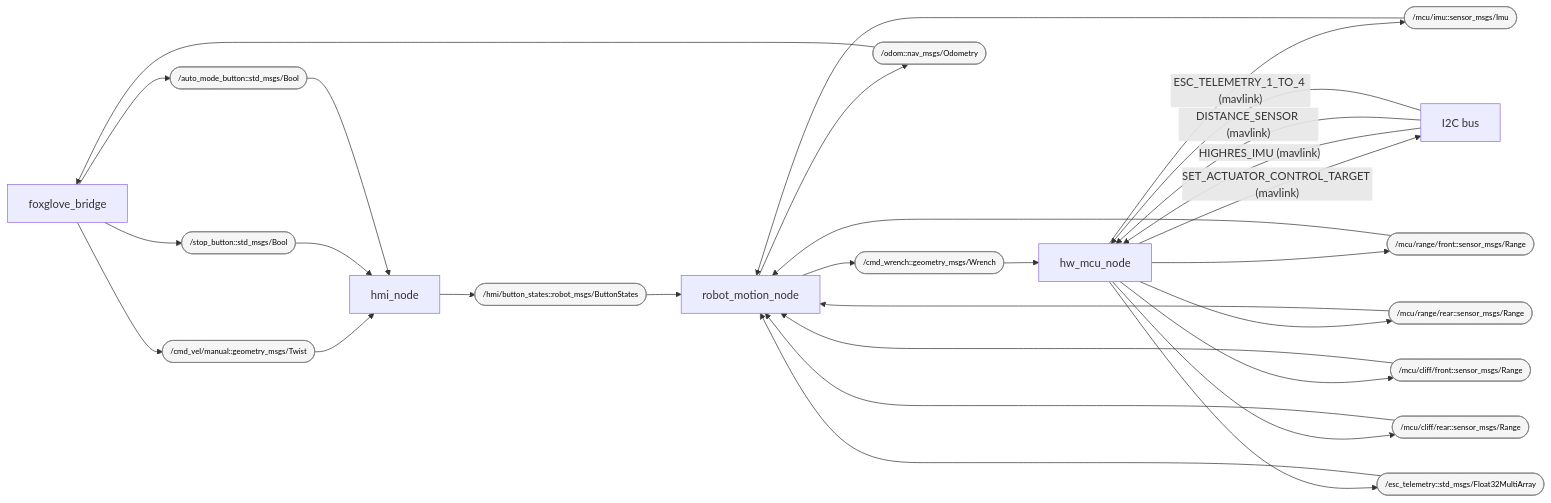
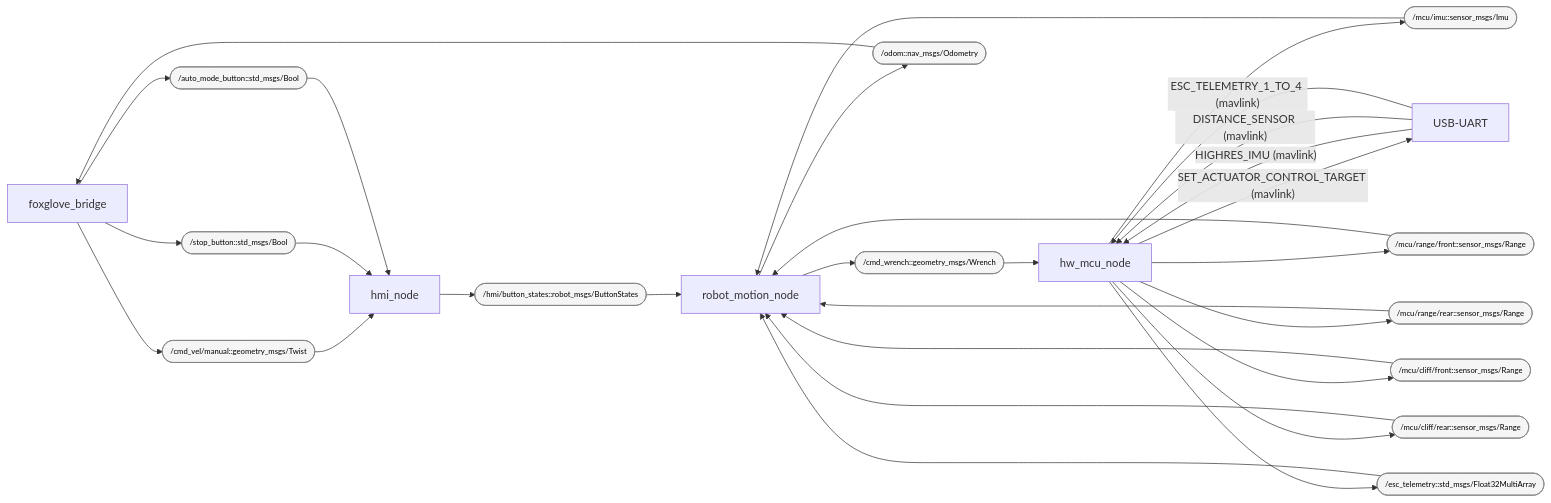
Before and after one commit to nota2104coda/Jetcar: the third of 3 diagrams in docs/architecture.md, drawn with Mermaid. The commit also changed other lines of this file and 3 other files, not shown here.

````diff
--- a/docs/architecture.md
+++ b/docs/architecture.md
@@ -65,58 +65,58 @@
 ```mermaid
 graph LR
     classDef topic fill:#f5f5f5,stroke:#808080,stroke-width:1px,color:#000,font-size:11px;
 
     Foxglove[foxglove_bridge]
     HMI[hmi_node]
     robot_motion_node[robot_motion_node]
     MCUNode[hw_mcu_node]
-    MCU_I2C[I2C bus]
+    MCU_UART[USB-UART]
 
     topic_cmd_vel_manual(["/cmd_vel/manual::geometry_msgs/Twist"])
     topic_stop_button(["/stop_button::std_msgs/Bool"])
     topic_auto_mode(["/auto_mode_button::std_msgs/Bool"])
     topic_button_states(["/hmi/button_states::robot_msgs/ButtonStates"])
     topic_cmd_wrench(["/cmd_wrench::geometry_msgs/Wrench"])
     topic_imu(["/mcu/imu::sensor_msgs/Imu"])
     topic_range_front(["/mcu/range/front::sensor_msgs/Range"])
     topic_range_rear(["/mcu/range/rear::sensor_msgs/Range"])
     topic_cliff_front(["/mcu/cliff/front::sensor_msgs/Range"])
     topic_cliff_rear(["/mcu/cliff/rear::sensor_msgs/Range"])
     topic_esc(["/esc_telemetry::std_msgs/Float32MultiArray"])
     topic_odom(["/odom::nav_msgs/Odometry"])
 
     Foxglove --> topic_cmd_vel_manual
     topic_cmd_vel_manual --> HMI
     Foxglove --> topic_stop_button
     topic_stop_button --> HMI
     Foxglove --> topic_auto_mode
     topic_auto_mode --> HMI
     HMI --> topic_button_states
     topic_button_states --> robot_motion_node
     robot_motion_node --> topic_cmd_wrench
     topic_cmd_wrench --> MCUNode
 
-    MCUNode -- SET_ACTUATOR_CONTROL_TARGET (mavlink) --> MCU_I2C
-    MCU_I2C -- HIGHRES_IMU (mavlink) --> MCUNode
-    MCU_I2C -- DISTANCE_SENSOR (mavlink) --> MCUNode
-    MCU_I2C -- ESC_TELEMETRY_1_TO_4 (mavlink) --> MCUNode
+    MCUNode -- SET_ACTUATOR_CONTROL_TARGET (mavlink) --> MCU_UART
+    MCU_UART -- HIGHRES_IMU (mavlink) --> MCUNode
+    MCU_UART -- DISTANCE_SENSOR (mavlink) --> MCUNode
+    MCU_UART -- ESC_TELEMETRY_1_TO_4 (mavlink) --> MCUNode
 
     MCUNode --> topic_imu
     topic_imu --> robot_motion_node
     MCUNode --> topic_range_front
     topic_range_front --> robot_motion_node
     MCUNode --> topic_range_rear
     topic_range_rear --> robot_motion_node
     MCUNode --> topic_cliff_front
     topic_cliff_front --> robot_motion_node
     MCUNode --> topic_cliff_rear
     topic_cliff_rear --> robot_motion_node
     MCUNode --> topic_esc
     topic_esc --> robot_motion_node
 
     robot_motion_node --> topic_odom
     topic_odom --> Foxglove
 
     class topic_cmd_vel_manual,topic_stop_button,topic_auto_mode,topic_button_states,topic_cmd_wrench topic;
     class topic_imu,topic_range_front,topic_range_rear,topic_cliff_front,topic_cliff_rear,topic_esc,topic_odom topic;
 ```
````
